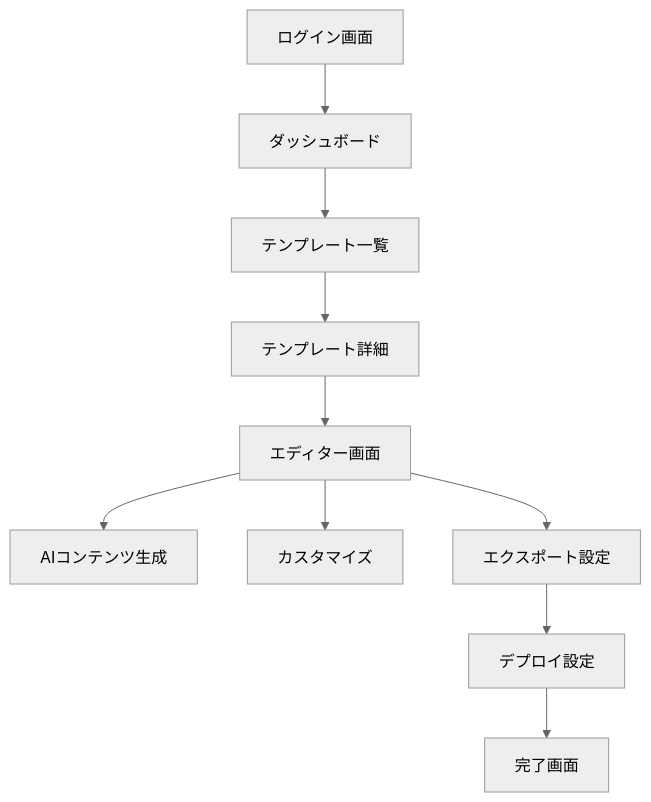
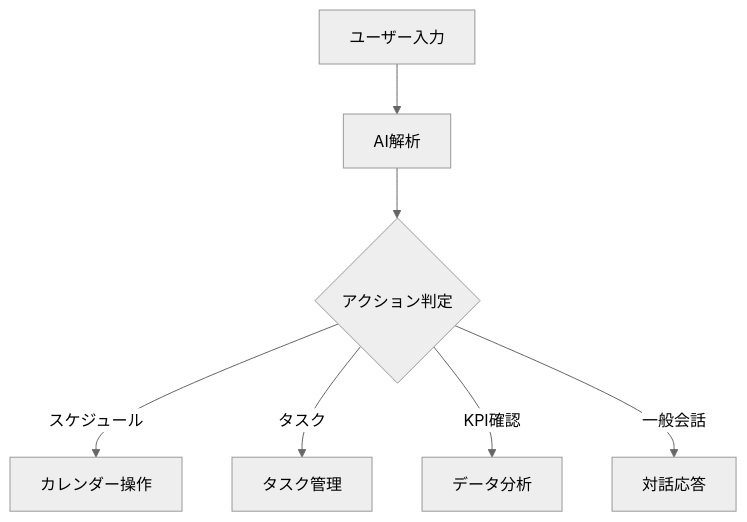
Before and after one commit to yu-Yoshiaki/coo-maeda: the diagram in docs/SCREEN_DEFINITIONS.md, drawn with Mermaid (neutral theme). The commit also changed other lines of this file and 34 other files, not shown here.

````diff
--- a/docs/SCREEN_DEFINITIONS.md
+++ b/docs/SCREEN_DEFINITIONS.md
@@ -143,12 +106,9 @@
 ```mermaid
 graph TD
-    A[ログイン画面] --> B[ダッシュボード]
-    B --> C[テンプレート一覧]
-    C --> D[テンプレート詳細]
-    D --> E[エディター画面]
-    E --> F[AIコンテンツ生成]
-    E --> G[カスタマイズ]
-    E --> H[エクスポート設定]
-    H --> I[デプロイ設定]
-    I --> J[完了画面]
+    A[ユーザー入力] --> B[AI解析]
+    B --> C{アクション判定}
+    C -->|スケジュール| D[カレンダー操作]
+    C -->|タスク| E[タスク管理]
+    C -->|KPI確認| F[データ分析]
+    C -->|一般会話| G[対話応答]
 ```
````
